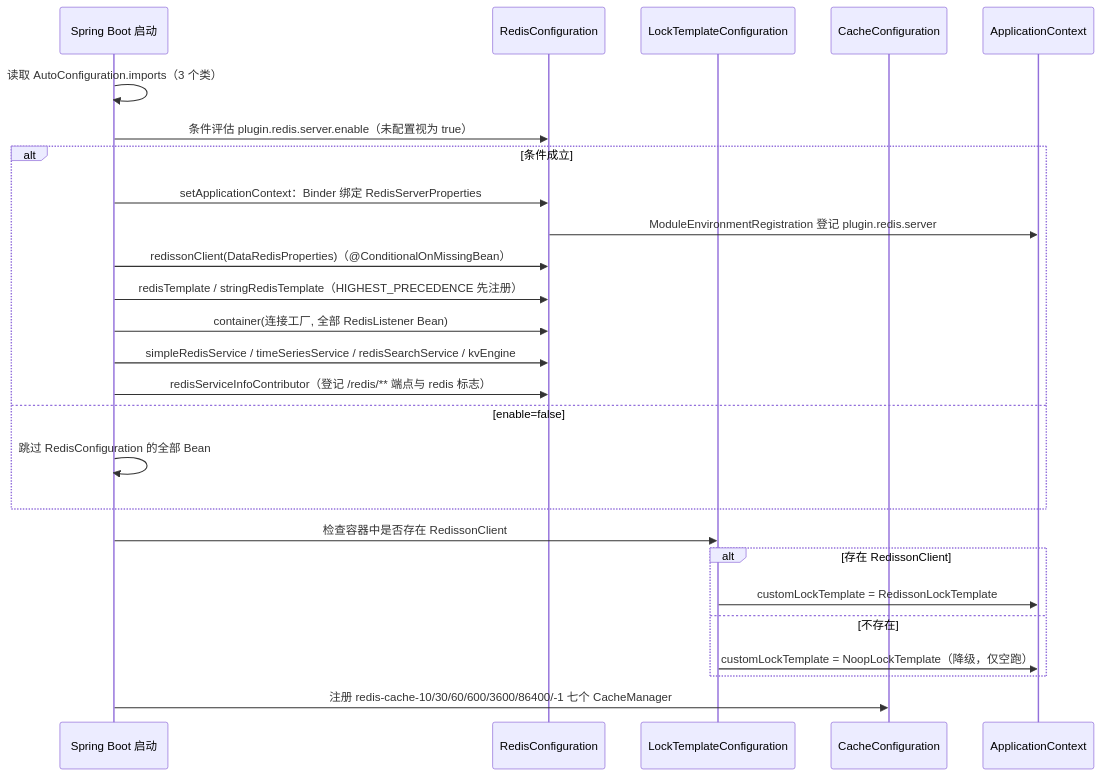
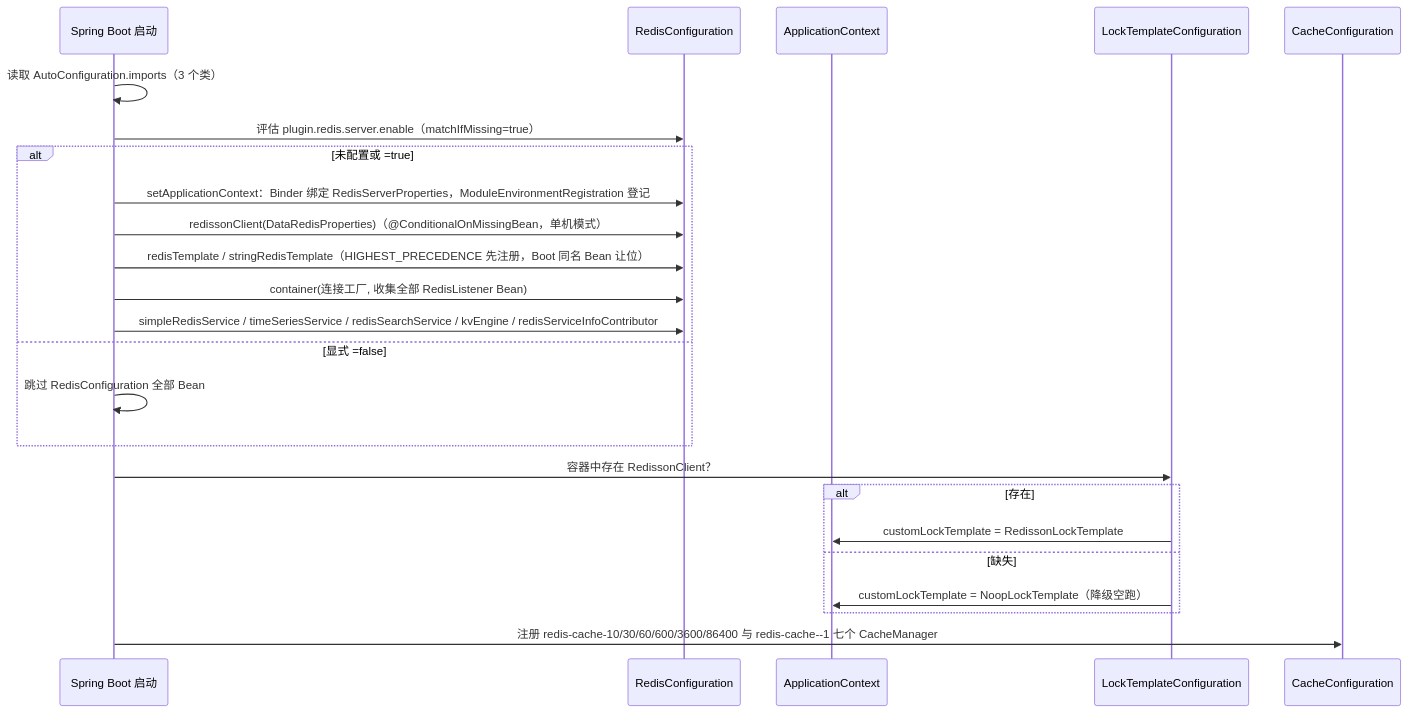
The second of 2 diagrams in spring-support-redis-starter/README.md (CHTK001/spring-support-parent-starter), drawn with Mermaid before and after one commit. The commit also changed other lines of this file and 54 other files, not shown here.

````diff
--- a/spring-support-redis-starter/README.md
+++ b/spring-support-redis-starter/README.md
@@ -98,29 +52,27 @@
 ```mermaid
 sequenceDiagram
     participant Boot as Spring Boot 启动
     participant RC as RedisConfiguration
+    participant Ctx as ApplicationContext
     participant LC as LockTemplateConfiguration
     participant CC as CacheConfiguration
-    participant Ctx as ApplicationContext
 
     Boot->>Boot: 读取 AutoConfiguration.imports（3 个类）
-    Boot->>RC: 条件评估 plugin.redis.server.enable（未配置视为 true）
-    alt 条件成立
-        Boot->>RC: setApplicationContext：Binder 绑定 RedisServerProperties
-        RC->>Ctx: ModuleEnvironmentRegistration 登记 plugin.redis.server
-        Boot->>RC: redissonClient(DataRedisProperties)（@ConditionalOnMissingBean）
-        Boot->>RC: redisTemplate / stringRedisTemplate（HIGHEST_PRECEDENCE 先注册）
-        Boot->>RC: container(连接工厂, 全部 RedisListener Bean)
-        Boot->>RC: simpleRedisService / timeSeriesService / redisSearchService / kvEngine
-        Boot->>RC: redisServiceInfoContributor（登记 /redis/** 端点与 redis 标志）
-    else enable=false
-        Boot->>Boot: 跳过 RedisConfiguration 的全部 Bean
+    Boot->>RC: 评估 plugin.redis.server.enable（matchIfMissing=true）
+    alt 未配置或 =true
+        Boot->>RC: setApplicationContext：Binder 绑定 RedisServerProperties，ModuleEnvironmentRegistration 登记
+        Boot->>RC: redissonClient(DataRedisProperties)（@ConditionalOnMissingBean，单机模式）
+        Boot->>RC: redisTemplate / stringRedisTemplate（HIGHEST_PRECEDENCE 先注册，Boot 同名 Bean 让位）
+        Boot->>RC: container(连接工厂, 收集全部 RedisListener Bean)
+        Boot->>RC: simpleRedisService / timeSeriesService / redisSearchService / kvEngine / redisServiceInfoContributor
+    else 显式 =false
+        Boot->>Boot: 跳过 RedisConfiguration 全部 Bean
     end
-    Boot->>LC: 检查容器中是否存在 RedissonClient
-    alt 存在 RedissonClient
+    Boot->>LC: 容器中存在 RedissonClient？
+    alt 存在
         LC->>Ctx: customLockTemplate = RedissonLockTemplate
-    else 不存在
-        LC->>Ctx: customLockTemplate = NoopLockTemplate（降级，仅空跑）
+    else 缺失
+        LC->>Ctx: customLockTemplate = NoopLockTemplate（降级空跑）
     end
-    Boot->>CC: 注册 redis-cache-10/30/60/600/3600/86400/-1 七个 CacheManager
+    Boot->>CC: 注册 redis-cache-10/30/60/600/3600/86400 与 redis-cache--1 七个 CacheManager
 ```
````
